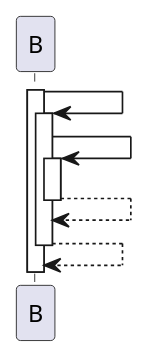
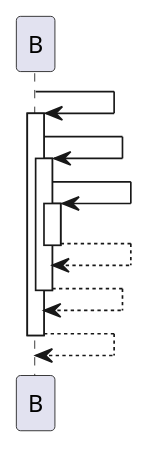
Before and after one commit to lambdaJasonYang/lambdaJasonYang.github.io: the fifth of 13 diagrams in posts/2021-08-25-PlantUMLkey.markdown, drawn with PlantUML. The commit also changed other lines of this file and 32 other files, not shown here.

````diff
--- a/posts/2021-08-25-PlantUMLkey.markdown
+++ b/posts/2021-08-25-PlantUMLkey.markdown
@@ -56,17 +89,17 @@
 ```plantuml
 @startuml
+
+B -> B:
 activate B
 B -> B:
 activate B
-
-
 B -> B:
 activate B
-
 B --> B:
 deactivate B
-
+B --> B:
+deactivate B
 B --> B:
 deactivate B
 @enduml
 ```
````
